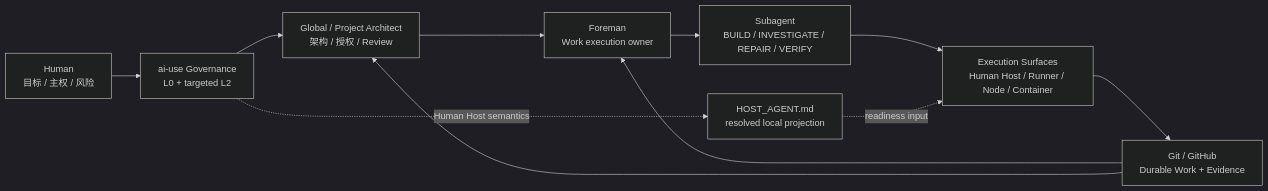
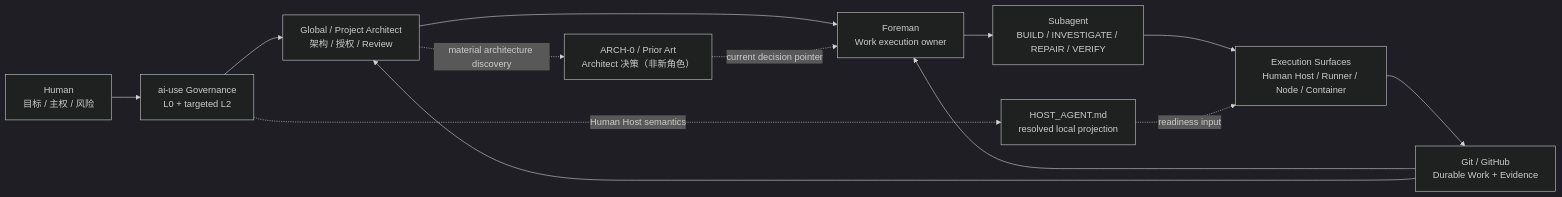
Before and after one commit to youling/ai-use: the diagram in README.md, drawn with Mermaid (dark theme). The commit also changed other lines of this file and 3 other files, not shown here.

First line of the commit message:
docs(navigation): finish research handoff and Architect cold-start index (#154)

````diff
--- a/README.md
+++ b/README.md
@@ -13,13 +13,15 @@
 ```mermaid
 flowchart LR
   H["Human\n目标 / 主权 / 风险"] --> G["ai-use Governance\nL0 + targeted L2"]
   G --> A["Global / Project Architect\n架构 / 授权 / Review"]
   A --> F["Foreman\nWork execution owner"]
+  A -. "material architecture discovery" .-> R["ARCH-0 / Prior Art\nArchitect 决策（非新角色）"]
+  R -. "current decision pointer" .-> F
   F --> S["Subagent\nBUILD / INVESTIGATE / REPAIR / VERIFY"]
   S --> X["Execution Surfaces\nHuman Host / Runner / Node / Container"]
   X --> D["Git / GitHub\nDurable Work + Evidence"]
   D --> F
   D --> A
   G -. "Human Host semantics" .-> HH["HOST_AGENT.md\nresolved local projection"]
   HH -. "readiness input" .-> X
 ```
````
